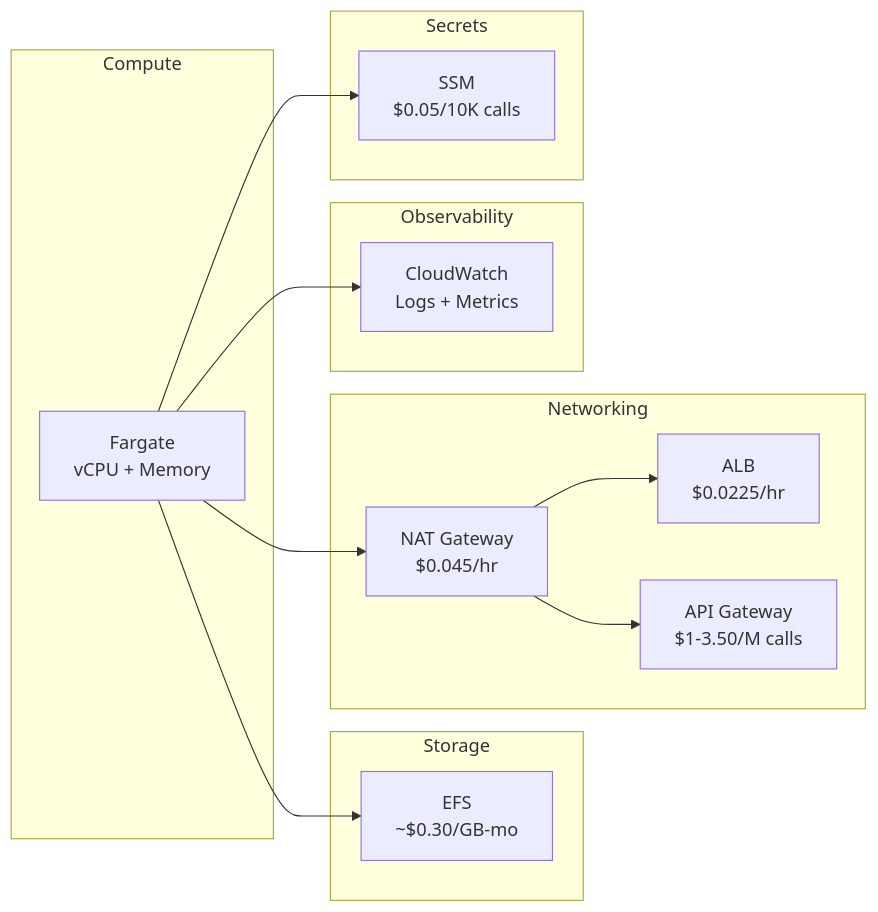
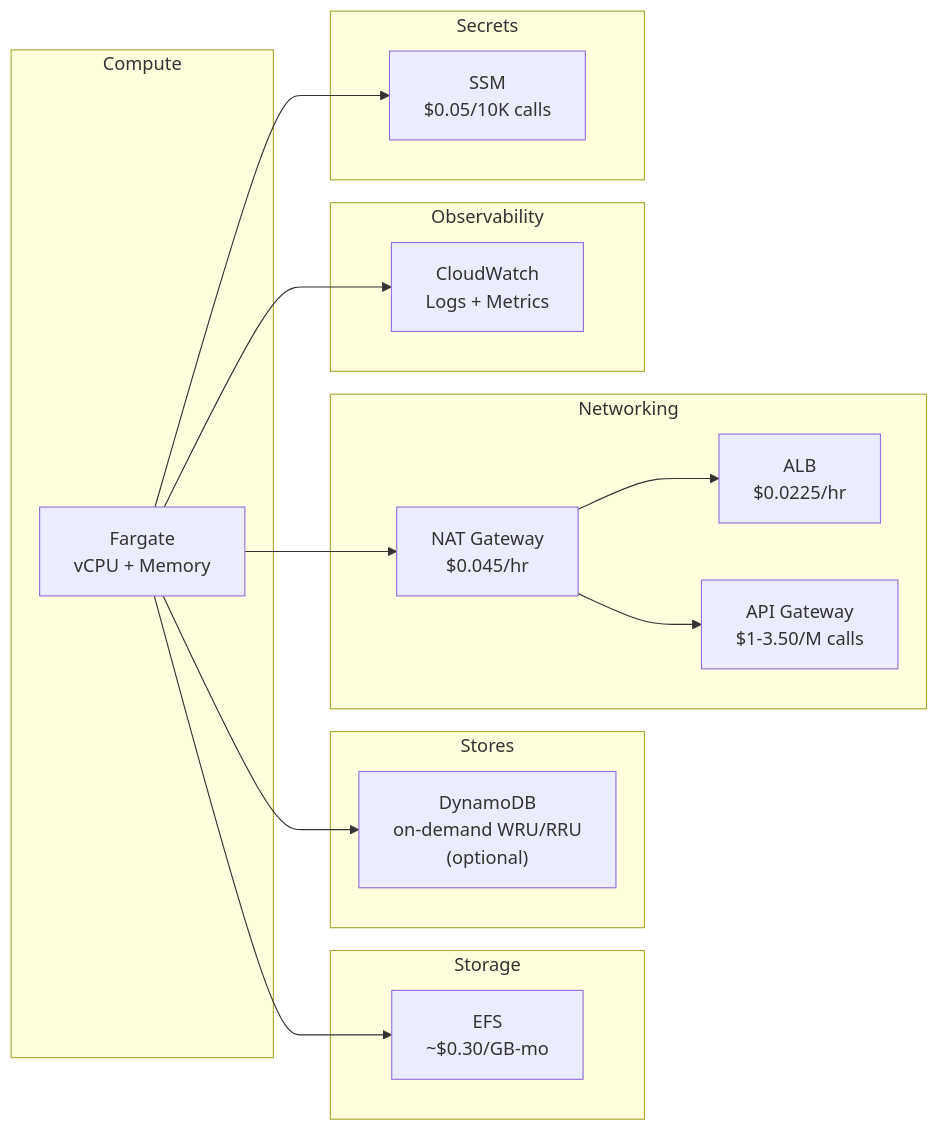
Before and after one commit to mariotoffia/gobridge: the diagram in docs/aws-deployment/tco.md, drawn with Mermaid. The commit also changed other lines of this file and 214 other files, not shown here.

````diff
--- a/docs/aws-deployment/tco.md
+++ b/docs/aws-deployment/tco.md
@@ -23,27 +24,31 @@
 ```mermaid
 flowchart LR
     subgraph Compute
         FG["Fargate\nvCPU + Memory"]
     end
     subgraph Storage
         EFS_C["EFS\n~$0.30/GB-mo"]
+    end
+    subgraph Stores
+        DDB["DynamoDB\non-demand WRU/RRU\n(optional)"]
     end
     subgraph Networking
         NAT["NAT Gateway\n$0.045/hr"]
         ALB_C["ALB\n$0.0225/hr"]
         APIGW_C["API Gateway\n$1-3.50/M calls"]
     end
     subgraph Observability
         CW["CloudWatch\nLogs + Metrics"]
     end
     subgraph Secrets
         SSM_C["SSM\n$0.05/10K calls"]
     end
 
     FG --> EFS_C
+    FG --> DDB
     FG --> NAT
     FG --> CW
     FG --> SSM_C
     NAT --> ALB_C
     NAT --> APIGW_C
 ```
````
